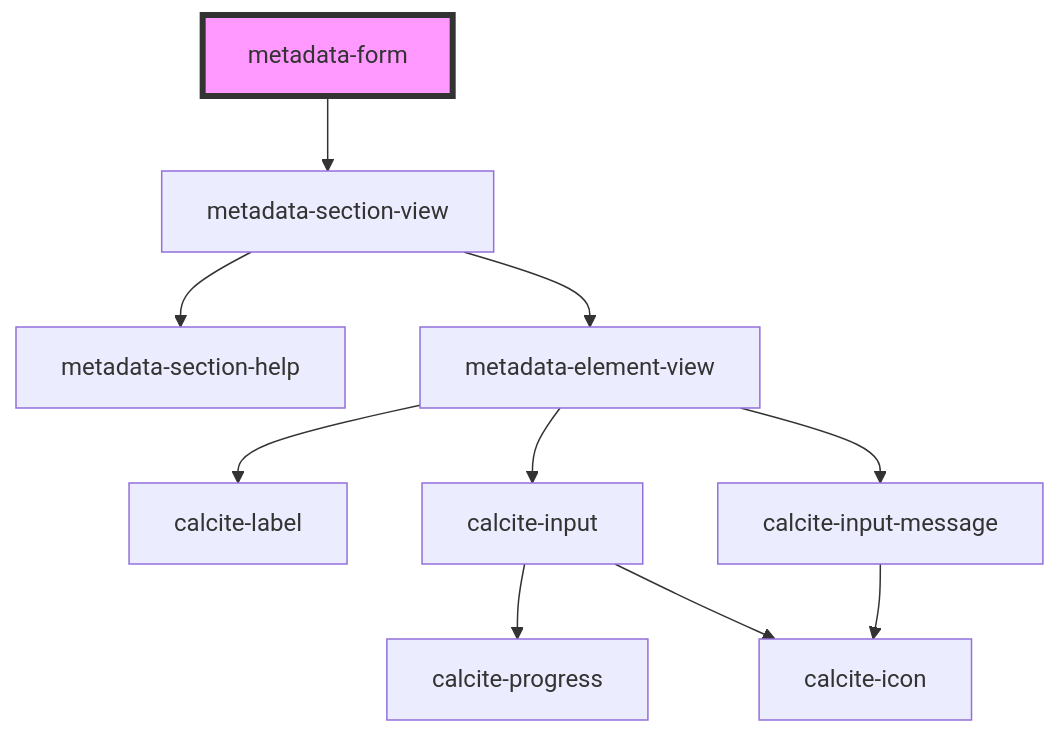
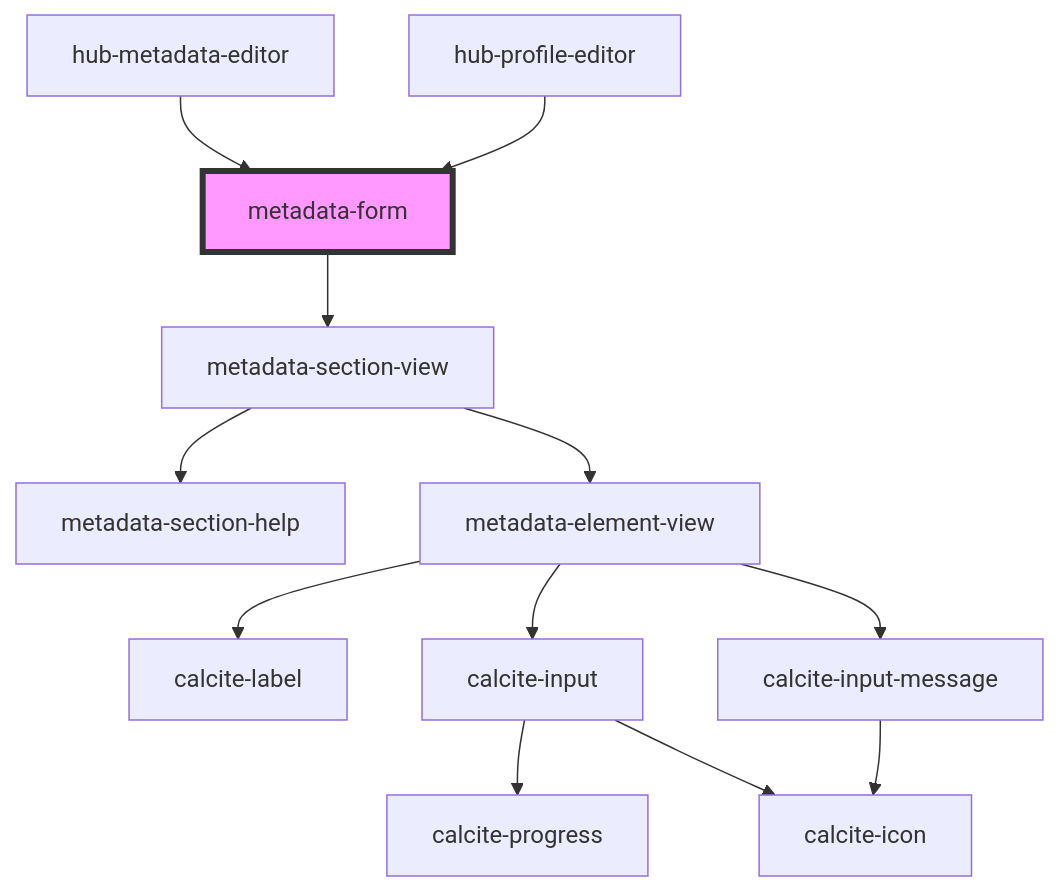
The diagram in src/components/metadata-form/readme.md (esridc/hub-components-experiments), drawn with Mermaid before and after one commit. The commit also changed other lines of this file and 10 other files, not shown here.

Commit message:
Added profile editor

````diff
--- a/src/components/metadata-form/readme.md
+++ b/src/components/metadata-form/readme.md
@@ -23,13 +29,15 @@
 ```mermaid
 graph TD;
   metadata-form --> metadata-section-view
   metadata-section-view --> metadata-section-help
   metadata-section-view --> metadata-element-view
   metadata-element-view --> calcite-label
   metadata-element-view --> calcite-input
   metadata-element-view --> calcite-input-message
   calcite-input --> calcite-progress
   calcite-input --> calcite-icon
   calcite-input-message --> calcite-icon
+  hub-metadata-editor --> metadata-form
+  hub-profile-editor --> metadata-form
   style metadata-form fill:#f9f,stroke:#333,stroke-width:4px
 ```
````
